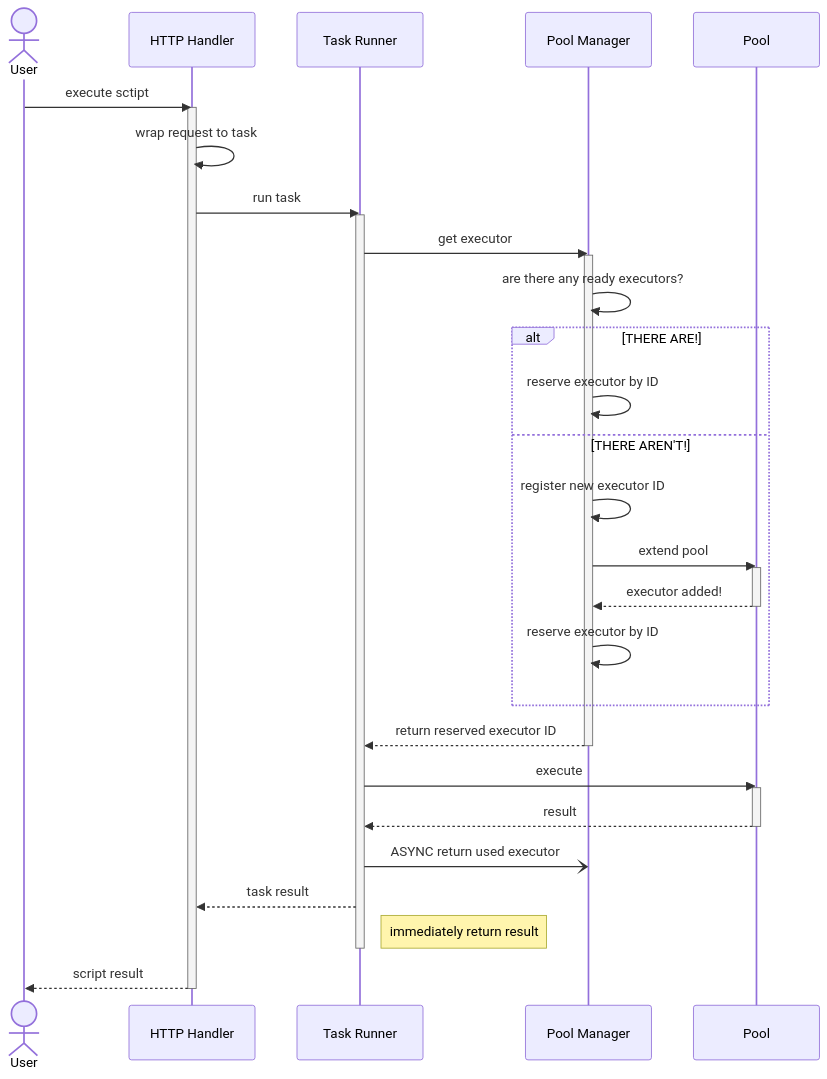
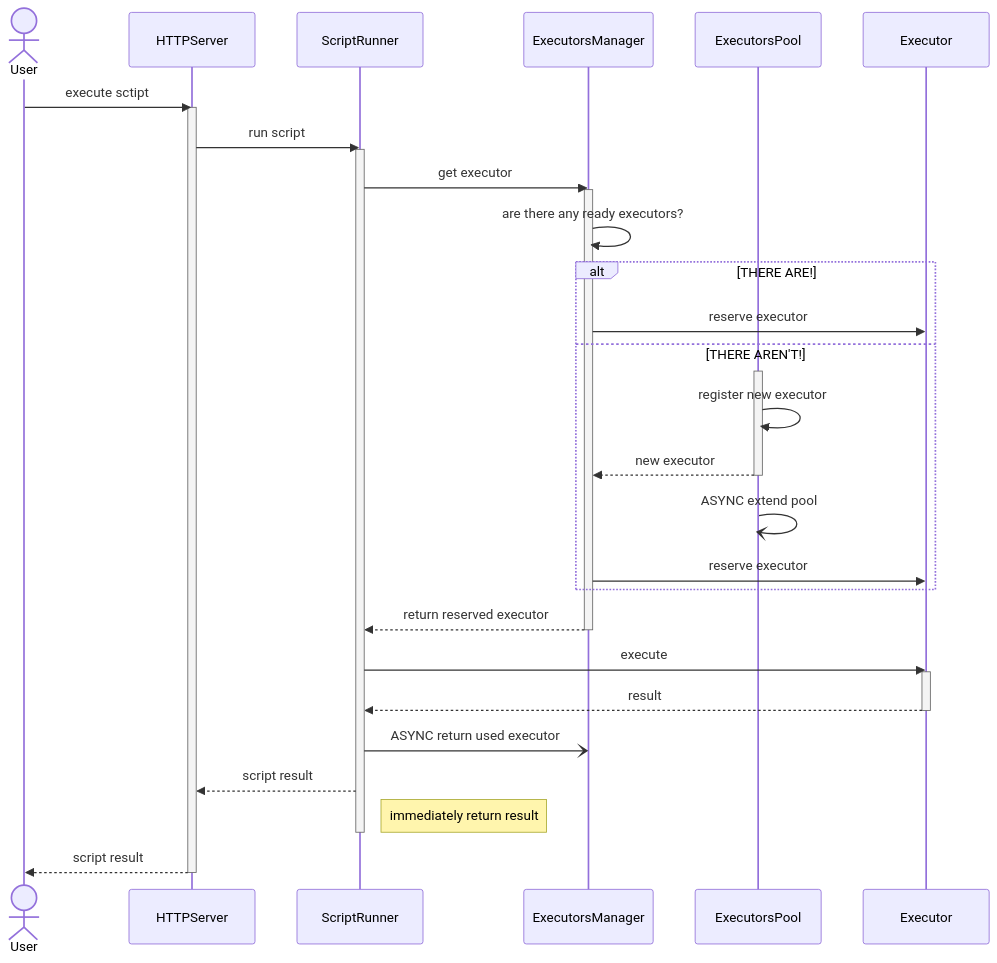
One commit to mchechulnikov/eucalypt changed the third of 7 diagrams in README.md. Above: the diagram before and after it, drawn with Mermaid. The commit also changed other lines of this file, not shown here.

Commit message:
updated scenarios diagrams

````diff
--- a/README.md
+++ b/README.md
@@ -182,43 +182,46 @@
 ``` mermaid
 sequenceDiagram
     actor User
+    participant HTTPServer
+    participant ScriptRunner
+    participant ExecutorsManager
+    participant ExecutorsPool
+    participant Executor
 
-    User ->> HTTP Handler: execute sctipt
-    activate HTTP Handler
-        HTTP Handler ->> HTTP Handler: wrap request to task
+    User ->> HTTPServer: execute sctipt
+    activate HTTPServer
+        HTTPServer ->> ScriptRunner: run script
+        activate ScriptRunner
+            ScriptRunner ->> ExecutorsManager: get executor
+            activate ExecutorsManager
+                ExecutorsManager ->> ExecutorsManager: are there any ready executors?
+                alt THERE ARE!
+                    ExecutorsManager ->> Executor: reserve executor
+                else THERE AREN'T!
+                    activate ExecutorsPool
+                        ExecutorsPool ->> ExecutorsPool: register new executor
+                        ExecutorsPool -->> ExecutorsManager: new executor
+                    deactivate ExecutorsPool
 
-        HTTP Handler ->> Task Runner: run task
-        activate Task Runner
-            Task Runner ->> Pool Manager: get executor
-            activate Pool Manager
-                Pool Manager ->> Pool Manager: are there any ready executors?
-                alt THERE ARE!
-                    Pool Manager ->> Pool Manager: reserve executor by ID
-                else THERE AREN'T!
-                    Pool Manager ->> Pool Manager: register new executor ID
+                    ExecutorsPool -) ExecutorsPool: ASYNC extend pool
 
-                    Pool Manager ->> Pool: extend pool
-                    activate Pool
-                        Pool -->> Pool Manager: executor added!
-                    deactivate Pool
-
-                    Pool Manager ->> Pool Manager: reserve executor by ID
+                    ExecutorsManager ->> Executor: reserve executor
                 end
                 
-                Pool Manager -->> Task Runner: return reserved executor ID
-            deactivate Pool Manager
+                ExecutorsManager -->> ScriptRunner: return reserved executor
+            deactivate ExecutorsManager
 
-            Task Runner ->> Pool: execute
-            activate Pool
-                Pool -->> Task Runner: result
-            deactivate Pool
+            ScriptRunner ->> Executor: execute
+            activate Executor
+                Executor -->> ScriptRunner: result
+            deactivate Executor
 
-            Task Runner -) Pool Manager: ASYNC return used executor
+            ScriptRunner -) ExecutorsManager: ASYNC return used executor
             
-            Task Runner -->> HTTP Handler: task result
-            note right of Task Runner: immediately return result
-        deactivate Task Runner
+            ScriptRunner -->> HTTPServer: script result
+            note right of ScriptRunner: immediately return result
+        deactivate ScriptRunner
 
-        HTTP Handler -->> User: script result
-    deactivate HTTP Handler
+        HTTPServer -->> User: script result
+    deactivate HTTPServer
 ```
````
